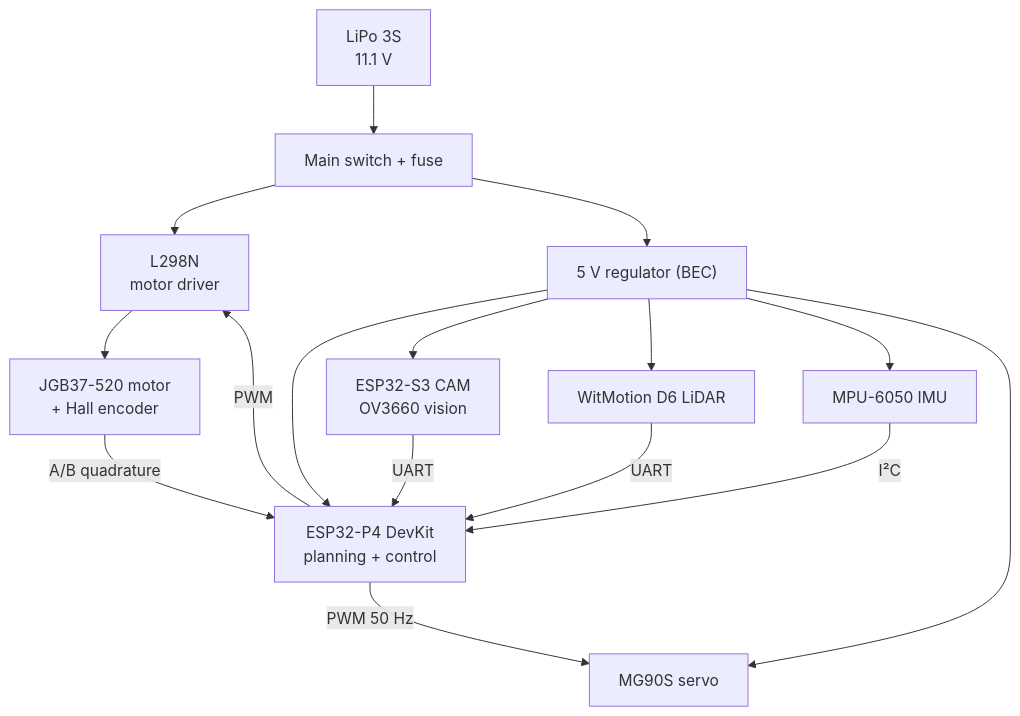
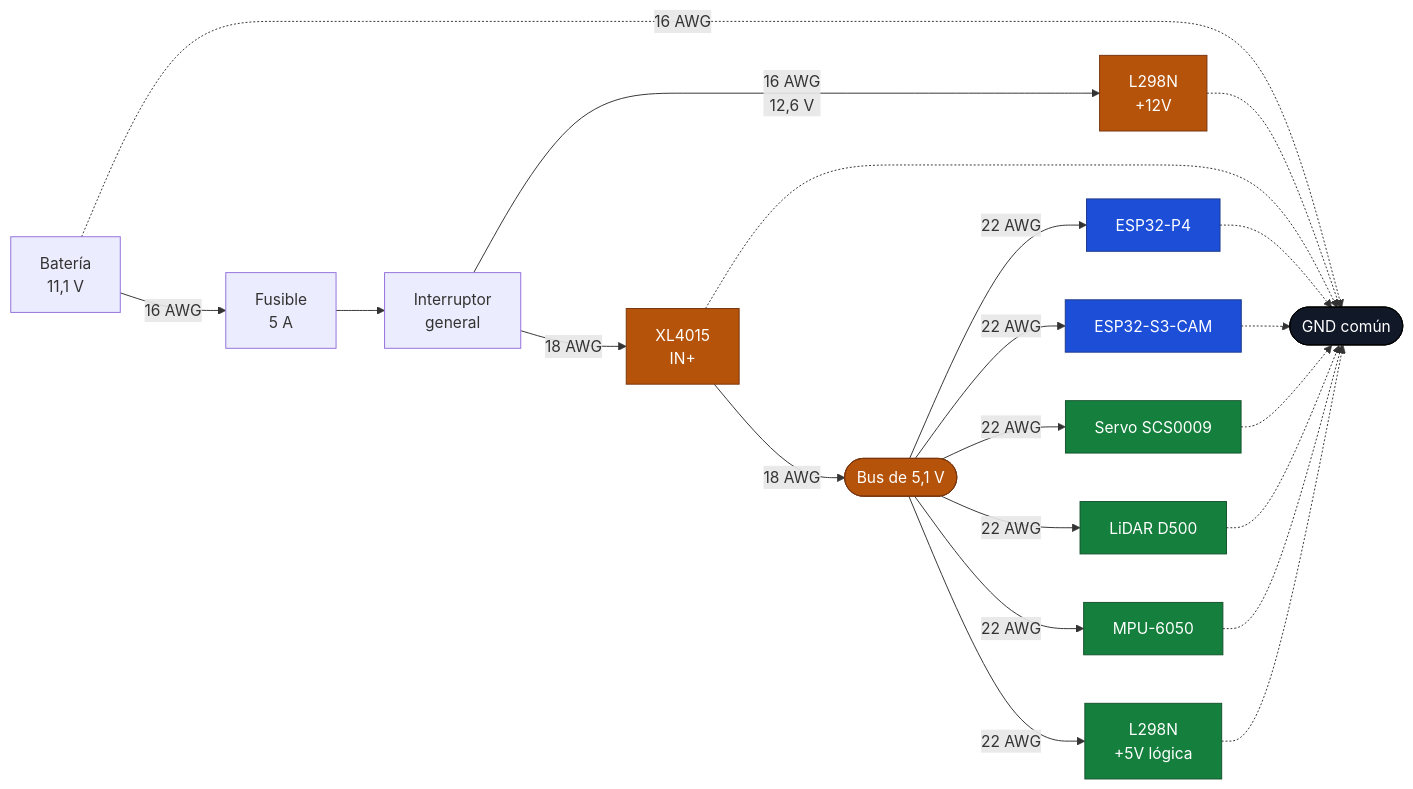
The second of 5 diagrams in docs/ELECTRONICS.md (Eddym06/AutoNex), drawn with Mermaid before and after one commit. The commit also changed other lines of this file, not shown here.

````diff
--- a/docs/ELECTRONICS.md
+++ b/docs/ELECTRONICS.md
@@ -10,17 +145,34 @@
 ```mermaid
-flowchart TB
-    BAT["LiPo 3S<br/>11.1 V"] --> SW["Main switch + fuse"]
-    SW --> DRV["L298N<br/>motor driver"]
-    SW --> BEC["5 V regulator (BEC)"]
-    BEC --> P4["ESP32-P4 DevKit<br/>planning + control"]
-    BEC --> S3["ESP32-S3 CAM<br/>OV3660 vision"]
-    BEC --> LID["WitMotion D6 LiDAR"]
-    BEC --> IMU["MPU-6050 IMU"]
-    BEC --> SRV["MG90S servo"]
-    P4 -->|"PWM"| DRV --> MOT["JGB37-520 motor<br/>+ Hall encoder"]
-    P4 -->|"PWM 50 Hz"| SRV
-    MOT -->|"A/B quadrature"| P4
-    LID -->|"UART"| P4
-    S3 -->|"UART"| P4
-    IMU -->|"I²C"| P4
+flowchart LR
+    BAT["Batería<br/>11,1 V"] -->|"16 AWG"| FUS["Fusible<br/>5 A"]
+    FUS --> SW["Interruptor<br/>general"]
+    SW -->|"16 AWG<br/>12,6 V"| L298["L298N<br/>+12V"]
+    SW -->|"18 AWG"| BUCK["XL4015<br/>IN+"]
+
+    BUCK -->|"18 AWG"| BUS(["Bus de 5,1 V"])
+    BUS -->|"22 AWG"| P4["ESP32-P4"]
+    BUS -->|"22 AWG"| S3CAM["ESP32-S3-CAM"]
+    BUS -->|"22 AWG"| SRV["Servo SCS0009"]
+    BUS -->|"22 AWG"| LID["LiDAR D500"]
+    BUS -->|"22 AWG"| IMU["MPU-6050"]
+    BUS -->|"22 AWG"| LOG["L298N<br/>+5V lógica"]
+
+    BAT -.->|"16 AWG"| GND(["GND común"])
+    L298 -.-> GND
+    BUCK -.-> GND
+    P4 -.-> GND
+    S3CAM -.-> GND
+    SRV -.-> GND
+    LID -.-> GND
+    IMU -.-> GND
+    LOG -.-> GND
+
+    classDef pot fill:#b45309,stroke:#78350f,color:#ffffff
+    classDef ctrl fill:#1d4ed8,stroke:#1e3a8a,color:#ffffff
+    classDef carga fill:#15803d,stroke:#14532d,color:#ffffff
+    classDef tierra fill:#111827,stroke:#000000,color:#ffffff
+    class L298,BUCK,BUS pot
+    class P4,S3CAM ctrl
+    class SRV,LID,IMU,LOG carga
+    class GND tierra
 ```
````
